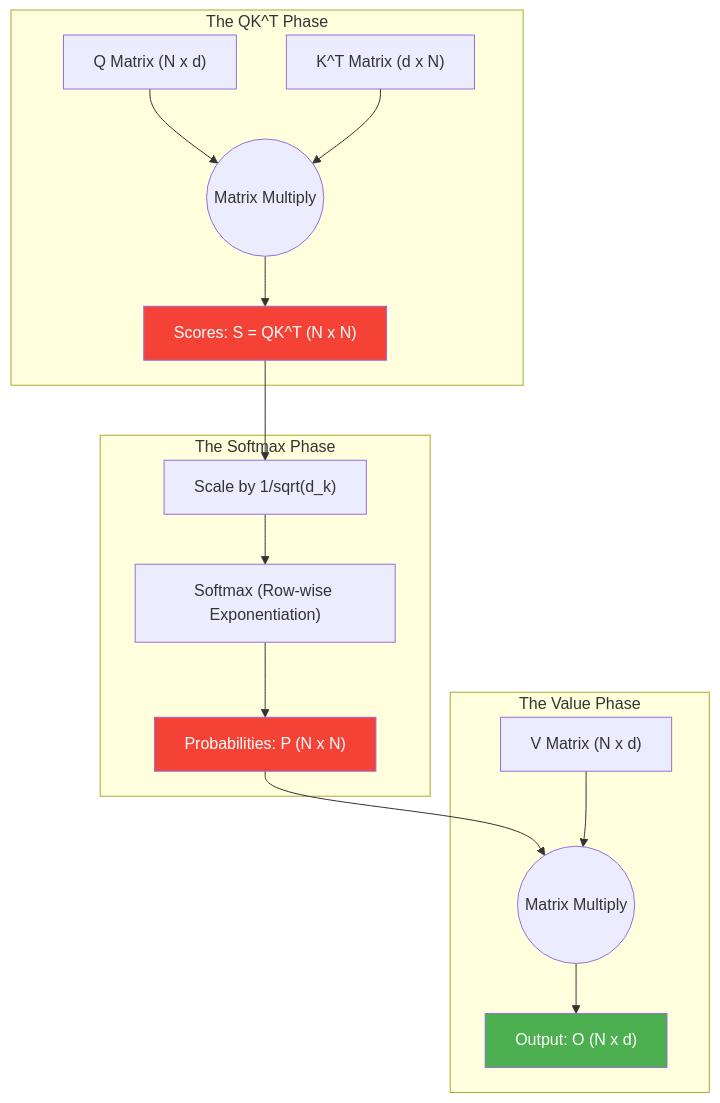
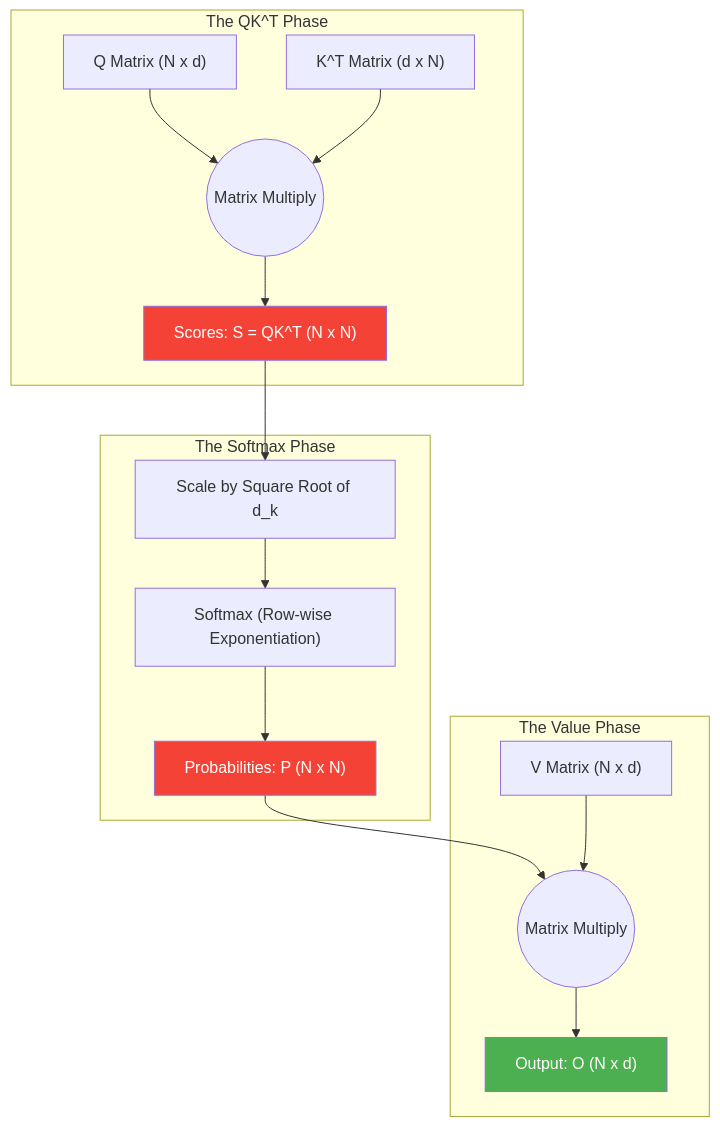
One commit to ggarg55/hardware-accelerator-design changed the diagram in MODULE_7_TRANSFORMERS_LLM/01_self_attention_hardware.md. Above: the diagram before and after it, drawn with Mermaid. The commit also changed other lines of this file and 16 other files, not shown here.

````diff
--- a/MODULE_7_TRANSFORMERS_LLM/01_self_attention_hardware.md
+++ b/MODULE_7_TRANSFORMERS_LLM/01_self_attention_hardware.md
@@ -37,24 +37,24 @@
 ```mermaid
 flowchart TD
-    subgraph The QK^T Phase
+    subgraph The QK_Phase ["The QK^T Phase"]
         Q["Q Matrix (N x d)"] --> MUL1(("Matrix Multiply"))
         K["K^T Matrix (d x N)"] --> MUL1
         MUL1 --> S["Scores: S = QK^T (N x N)"]
     end
     
-    subgraph The Softmax Phase
-        S --> SCALE["Scale by 1/sqrt(d_k)"]
+    subgraph The Softmax_Phase ["The Softmax Phase"]
+        S --> SCALE["Scale by Square Root of d_k"]
         SCALE --> SM["Softmax (Row-wise Exponentiation)"]
         SM --> P["Probabilities: P (N x N)"]
     end
     
-    subgraph The Value Phase
+    subgraph The Value_Phase ["The Value Phase"]
         P --> MUL2(("Matrix Multiply"))
         V["V Matrix (N x d)"] --> MUL2
         MUL2 --> OUT["Output: O (N x d)"]
     end
     
     style S fill:#F44336,color:#fff
     style P fill:#F44336,color:#fff
     style OUT fill:#4CAF50,color:#fff
 ```
````
